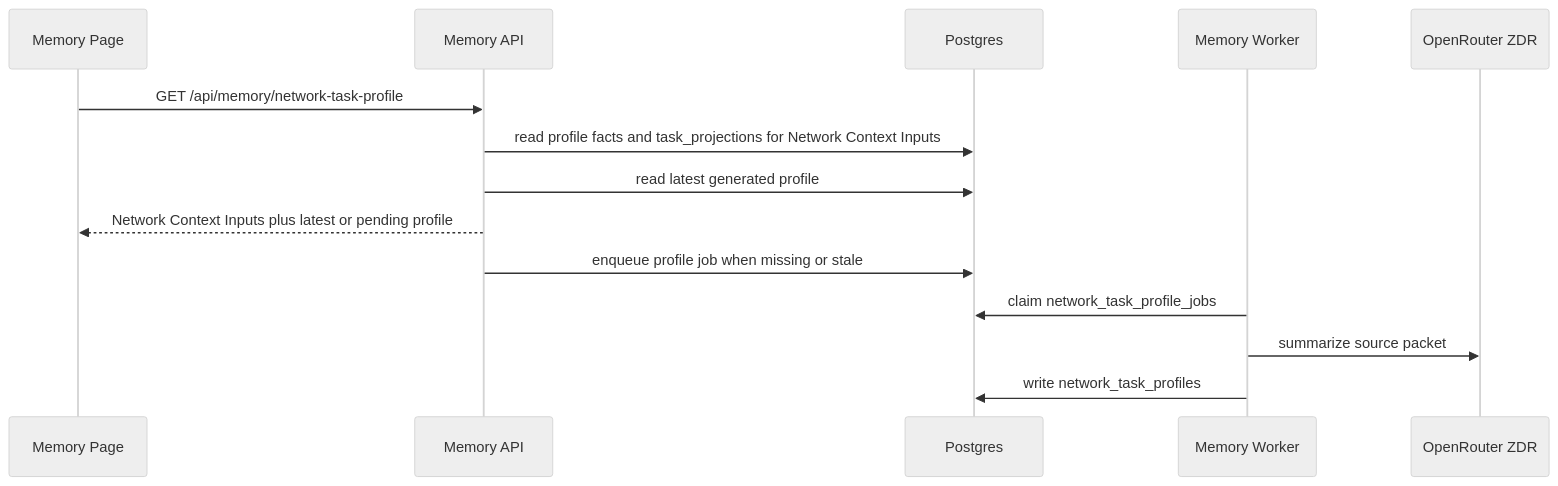
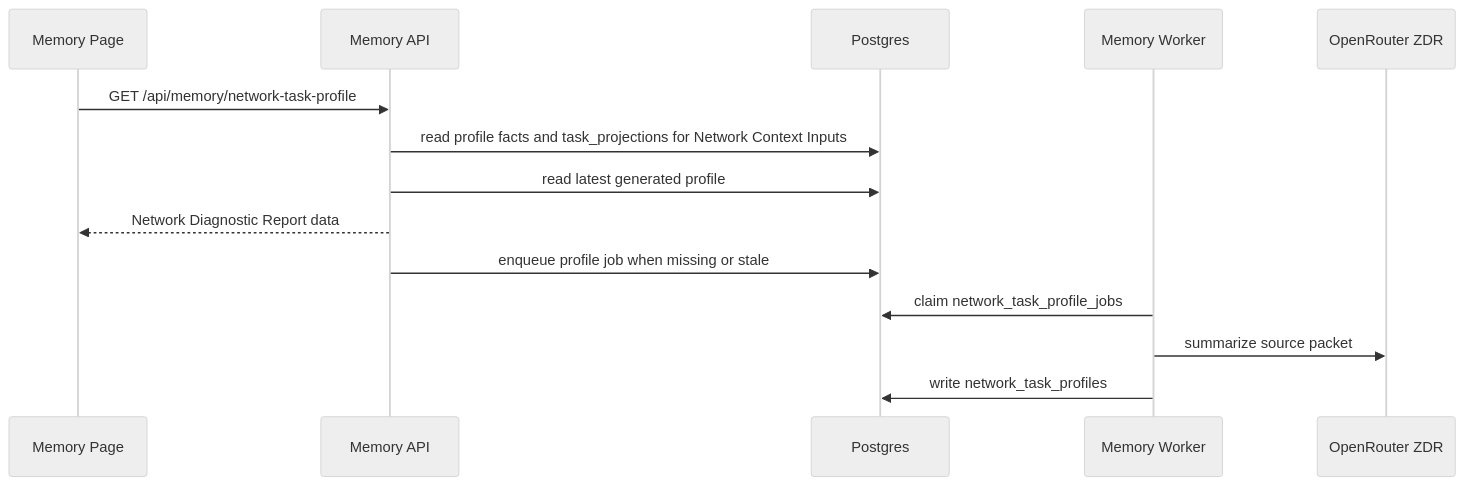
One commit to postfiatorg/tasknode changed the second of 2 diagrams in docs/wiki/surfaces/memory.md. Above: the diagram before and after it, drawn with Mermaid (neutral theme). The commit also changed other lines of this file and 3 other files, not shown here.

Commit message:
Combine network report and context inputs

````diff
--- a/docs/wiki/surfaces/memory.md
+++ b/docs/wiki/surfaces/memory.md
@@ -74,16 +76,16 @@
 ```mermaid
 sequenceDiagram
   participant UI as Memory Page
   participant API as Memory API
   participant DB as Postgres
   participant Worker as Memory Worker
   participant OR as OpenRouter ZDR
   UI->>API: GET /api/memory/network-task-profile
   API->>DB: read profile facts and task_projections for Network Context Inputs
   API->>DB: read latest generated profile
-  API-->>UI: Network Context Inputs plus latest or pending profile
+  API-->>UI: Network Diagnostic Report data
   API->>DB: enqueue profile job when missing or stale
   Worker->>DB: claim network_task_profile_jobs
   Worker->>OR: summarize source packet
   Worker->>DB: write network_task_profiles
 ```
````
